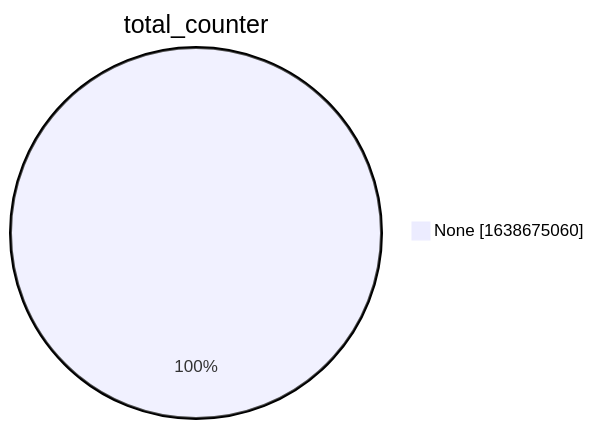
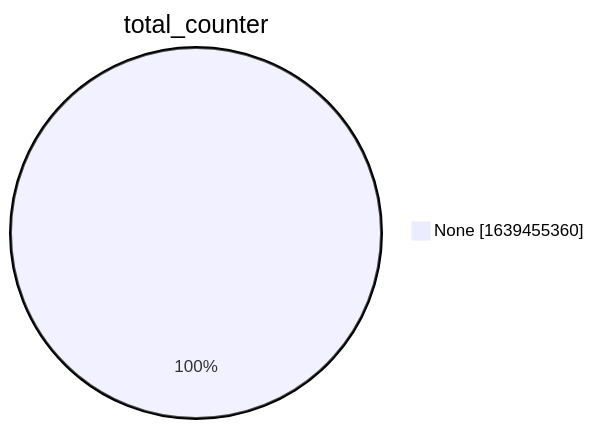
Before and after one commit to christiankrug/ctmonitor_visualization: the second of 15 diagrams in xenon2022/README.md, drawn with Mermaid. The commit also changed other lines of this file, not shown here.

````diff
--- a/xenon2022/README.md
+++ b/xenon2022/README.md
@@ -9,5 +9,5 @@
 ```mermaid
 pie showData
 title total_counter
-"None" :1638675060
+"None" :1639455360
 ```
````
